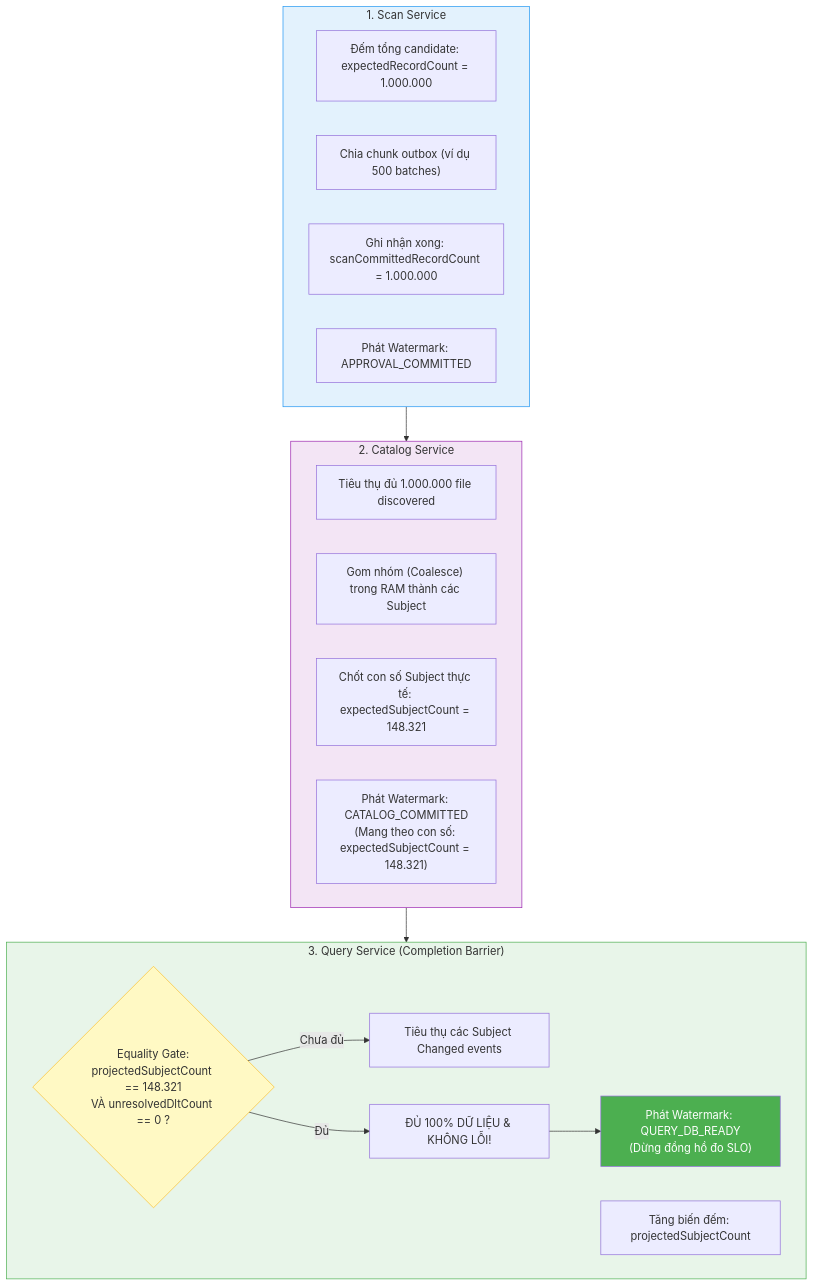
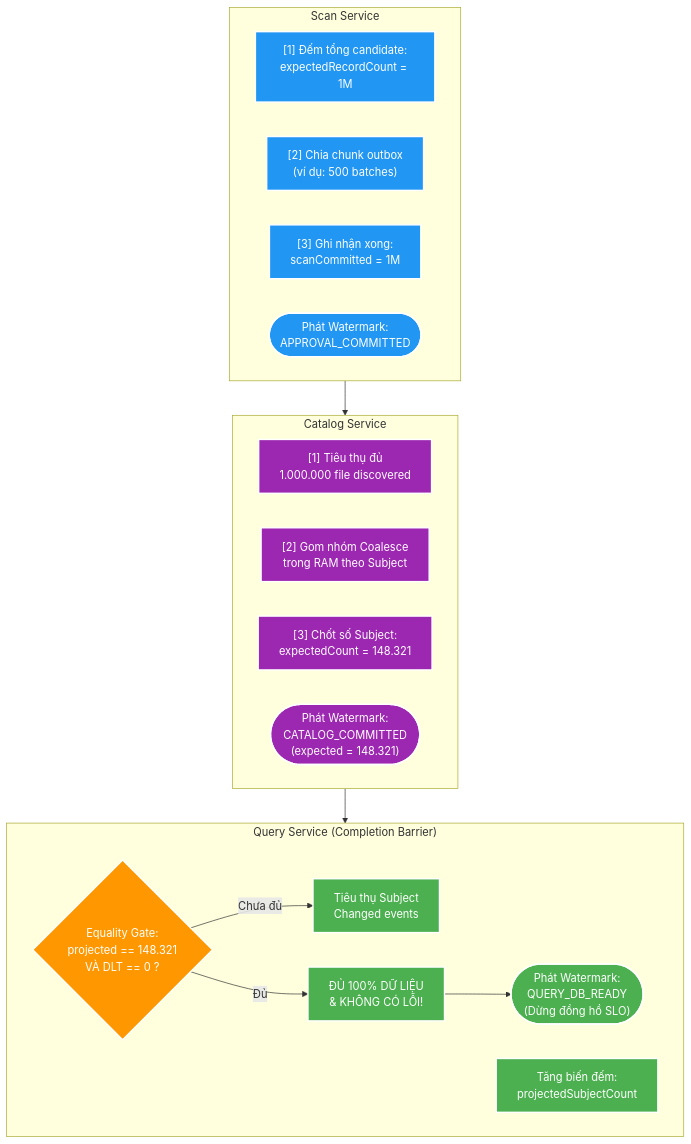
One commit to HungPhan200591/file-mngt-be-v2 changed the first of 2 diagrams in manual/learning/use-cases/scale-capacity/sc-01-scan-one-million-filesystem-entry/references/explain-bt09a-watermark-and-completion-barrier.md. Above: the diagram before and after it, drawn with Mermaid. The commit also changed other lines of this file and 4 other files, not shown here.

````diff
--- a/manual/learning/use-cases/scale-capacity/sc-01-scan-one-million-filesystem-entry/references/explain-bt09a-watermark-and-completion-barrier.md
+++ b/manual/learning/use-cases/scale-capacity/sc-01-scan-one-million-filesystem-entry/references/explain-bt09a-watermark-and-completion-barrier.md
@@ -38,34 +38,44 @@
 ```mermaid
 flowchart TD
-    subgraph SCAN_PHASE["1. Scan Service"]
-        S1["Đếm tổng candidate: expectedRecordCount = 1.000.000"]
-        S2["Chia chunk outbox (ví dụ 500 batches)"]
-        S3["Ghi nhận xong: scanCommittedRecordCount = 1.000.000"]
-        S4["Phát Watermark: APPROVAL_COMMITTED"]
+    subgraph SCAN_PHASE["Scan Service"]
+        S1["<font color='white'>[1] Đếm tổng candidate:<br/>expectedRecordCount = 1M</font>"]
+        S2["<font color='white'>[2] Chia chunk outbox<br/>(ví dụ: 500 batches)</font>"]
+        S3["<font color='white'>[3] Ghi nhận xong:<br/>scanCommitted = 1M</font>"]
+        S4(["<font color='white'>Phát Watermark:<br/>APPROVAL_COMMITTED</font>"])
     end
 
-    subgraph CATALOG_PHASE["2. Catalog Service"]
-        C1["Tiêu thụ đủ 1.000.000 file discovered"]
-        C2["Gom nhóm (Coalesce) trong RAM thành các Subject"]
-        C3["Chốt con số Subject thực tế: expectedSubjectCount = 148.321"]
-        C4["Phát Watermark: CATALOG_COMMITTED<br/>(Mang theo con số: expectedSubjectCount = 148.321)"]
+    subgraph CATALOG_PHASE["Catalog Service"]
+        C1["<font color='white'>[1] Tiêu thụ đủ<br/>1.000.000 file discovered</font>"]
+        C2["<font color='white'>[2] Gom nhóm Coalesce<br/>trong RAM theo Subject</font>"]
+        C3["<font color='white'>[3] Chốt số Subject:<br/>expectedCount = 148.321</font>"]
+        C4(["<font color='white'>Phát Watermark:<br/>CATALOG_COMMITTED<br/>(expected = 148.321)</font>"])
     end
 
-    subgraph QUERY_PHASE["3. Query Service (Completion Barrier)"]
-        Q1["Tiêu thụ các Subject Changed events"]
-        Q2["Tăng biến đếm: projectedSubjectCount"]
-        Q3{"Equality Gate:<br/>projectedSubjectCount == 148.321<br/>VÀ unresolvedDltCount == 0 ?"}
-        Q4["ĐỦ 100% DỮ LIỆU & KHÔNG LỖI!"]
-        Q5["Phát Watermark: QUERY_DB_READY<br/>(Dừng đồng hồ đo SLO)"]
+    subgraph QUERY_PHASE["Query Service (Completion Barrier)"]
+        Q1["<font color='white'>Tiêu thụ Subject<br/>Changed events</font>"]
+        Q2["<font color='white'>Tăng biến đếm:<br/>projectedSubjectCount</font>"]
+        Q3{"<font color='white'>Equality Gate:<br/>projected == 148.321<br/>VÀ DLT == 0 ?</font>"}
+        Q4["<font color='white'>ĐỦ 100% DỮ LIỆU<br/>&amp; KHÔNG CÓ LỖI!</font>"]
+        Q5(["<font color='white'>Phát Watermark:<br/>QUERY_DB_READY<br/>(Dừng đồng hồ SLO)</font>"])
     end
 
     SCAN_PHASE --> CATALOG_PHASE --> QUERY_PHASE
-    Q3 -->|Chưa đủ| Q1
-    Q3 -->|Đủ| Q4 --> Q5
+    Q3 -->|"Chưa đủ"| Q1
+    Q3 -->|"Đủ"| Q4 --> Q5
 
-    style SCAN_PHASE fill:#e3f2fd,stroke:#2196F3
-    style CATALOG_PHASE fill:#f3e5f5,stroke:#9c27b0
-    style QUERY_PHASE fill:#e8f5e9,stroke:#4caf50
-    style Q3 fill:#fff9c4,stroke:#fbc02d
-    style Q5 fill:#4caf50,color:#fff
+    style S1 fill:#2196F3,stroke:#fff,stroke-width:2px,color:#fff
+    style S2 fill:#2196F3,stroke:#fff,stroke-width:2px,color:#fff
+    style S3 fill:#2196F3,stroke:#fff,stroke-width:2px,color:#fff
+    style S4 fill:#2196F3,stroke:#fff,stroke-width:2px,color:#fff
+
+    style C1 fill:#9C27B0,stroke:#fff,stroke-width:2px,color:#fff
+    style C2 fill:#9C27B0,stroke:#fff,stroke-width:2px,color:#fff
+    style C3 fill:#9C27B0,stroke:#fff,stroke-width:2px,color:#fff
+    style C4 fill:#9C27B0,stroke:#fff,stroke-width:2px,color:#fff
+
+    style Q1 fill:#4CAF50,stroke:#fff,stroke-width:2px,color:#fff
+    style Q2 fill:#4CAF50,stroke:#fff,stroke-width:2px,color:#fff
+    style Q3 fill:#FF9800,stroke:#fff,stroke-width:2px,color:#fff
+    style Q4 fill:#4CAF50,stroke:#fff,stroke-width:2px,color:#fff
+    style Q5 fill:#4CAF50,stroke:#fff,stroke-width:2px,color:#fff
 ```
````
